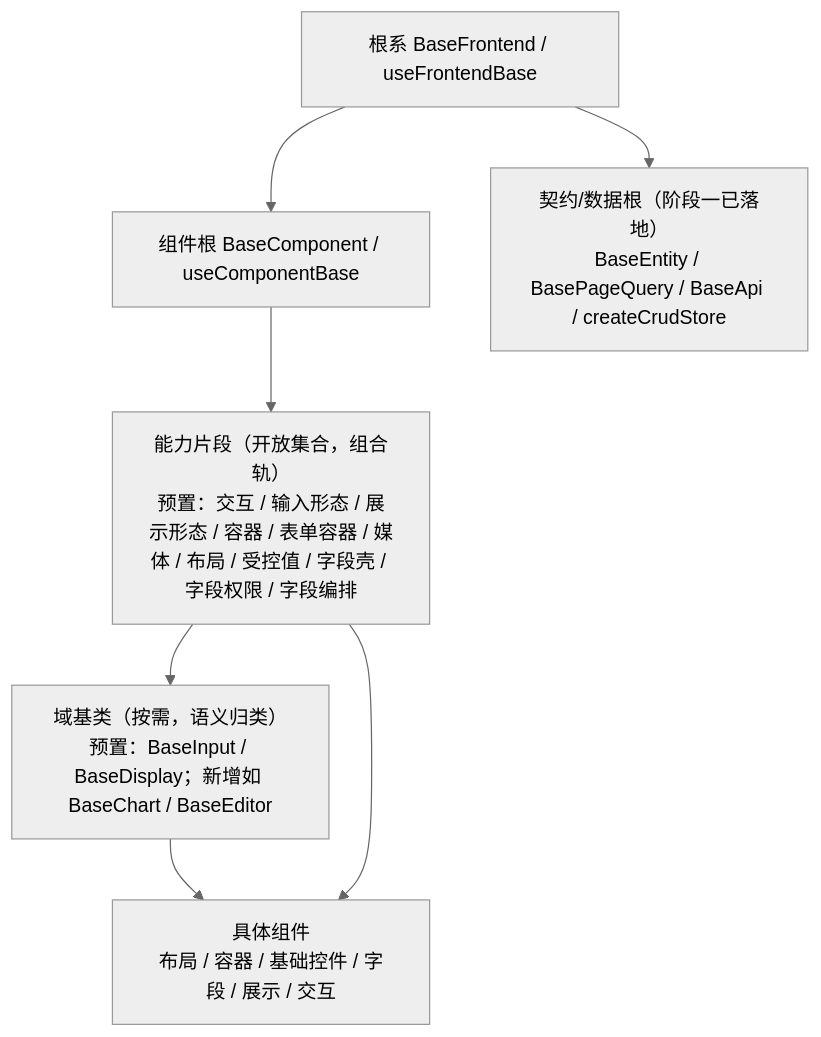
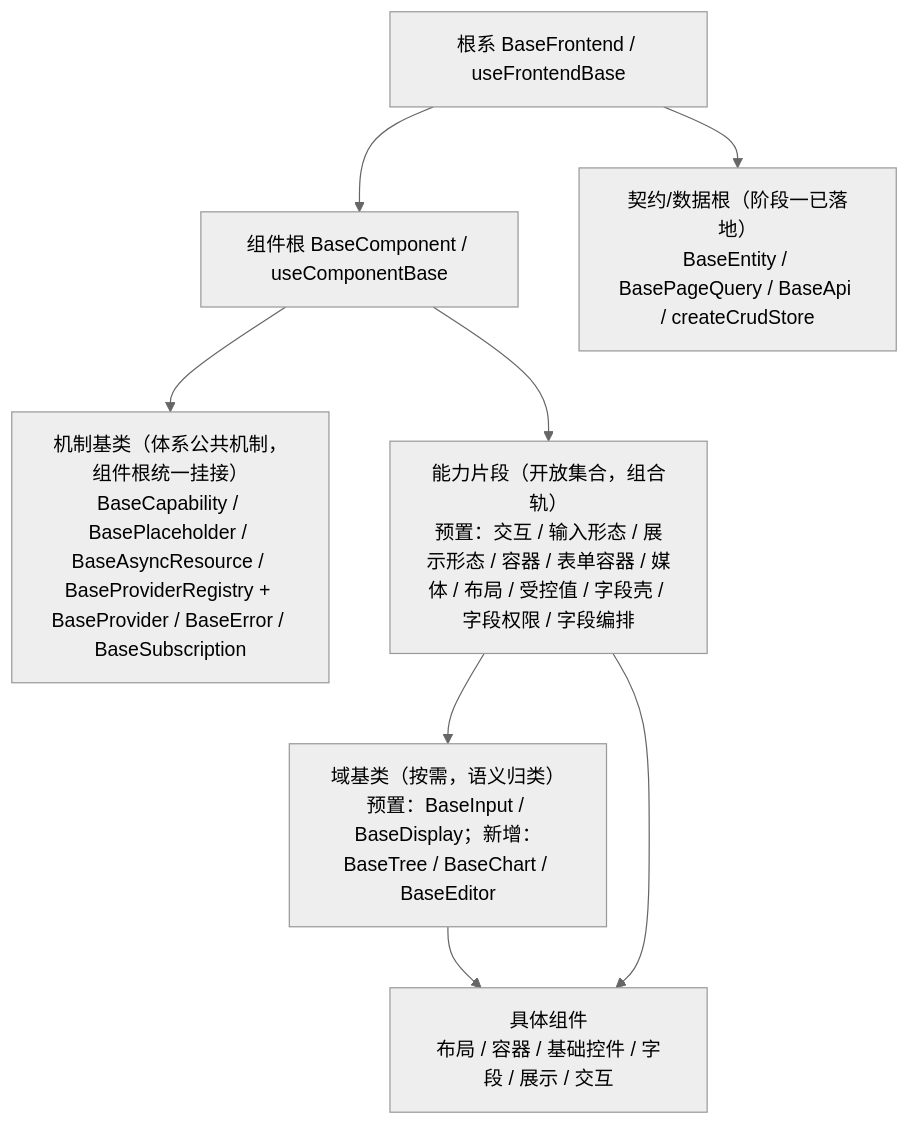
One commit to minjian123/basic-management-system changed the diagram in bms文档/设计/架构设计/05_架构设计_前端组件体系.md. Above: the diagram before and after it, drawn with Mermaid (neutral theme). The commit also changed other lines of this file and 66 other files, not shown here.

````diff
--- a/bms文档/设计/架构设计/05_架构设计_前端组件体系.md
+++ b/bms文档/设计/架构设计/05_架构设计_前端组件体系.md
@@ -28,15 +28,17 @@
 ```mermaid
 flowchart TD
     ROOT["根系 BaseFrontend / useFrontendBase"]
     COMP["组件根 BaseComponent / useComponentBase"]
     DATA["契约/数据根（阶段一已落地）<br/>BaseEntity / BasePageQuery / BaseApi / createCrudStore"]
+    MECH["机制基类（体系公共机制，组件根统一挂接）<br/>BaseCapability / BasePlaceholder / BaseAsyncResource / BaseProviderRegistry + BaseProvider / BaseError / BaseSubscription"]
     CAP["能力片段（开放集合，组合轨）<br/>预置：交互 / 输入形态 / 展示形态 / 容器 / 表单容器 / 媒体 / 布局 / 受控值 / 字段壳 / 字段权限 / 字段编排"]
-    DOM["域基类（按需，语义归类）<br/>预置：BaseInput / BaseDisplay；新增如 BaseChart / BaseEditor"]
+    DOM["域基类（按需，语义归类）<br/>预置：BaseInput / BaseDisplay；新增：BaseTree / BaseChart / BaseEditor"]
     C["具体组件<br/>布局 / 容器 / 基础控件 / 字段 / 展示 / 交互"]
     ROOT --> DATA
     ROOT --> COMP
+    COMP --> MECH
     COMP --> CAP
     CAP --> DOM
     DOM --> C
     CAP --> C
 ```
````
